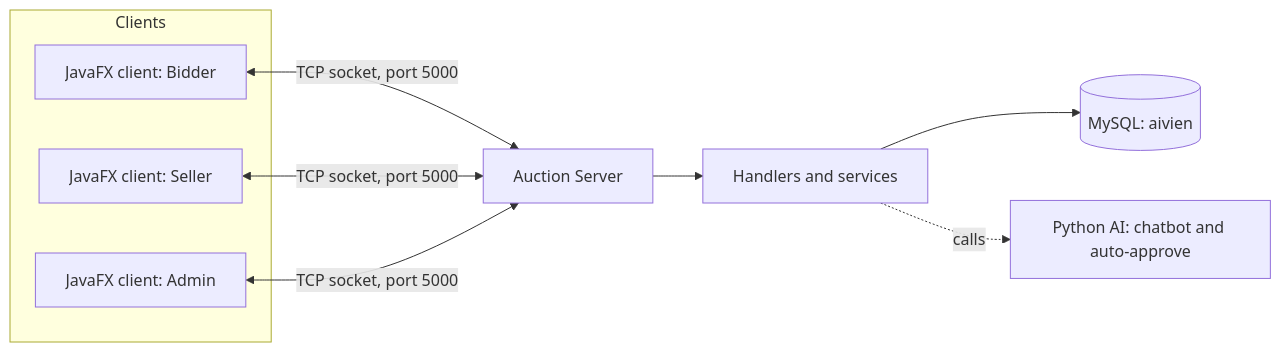
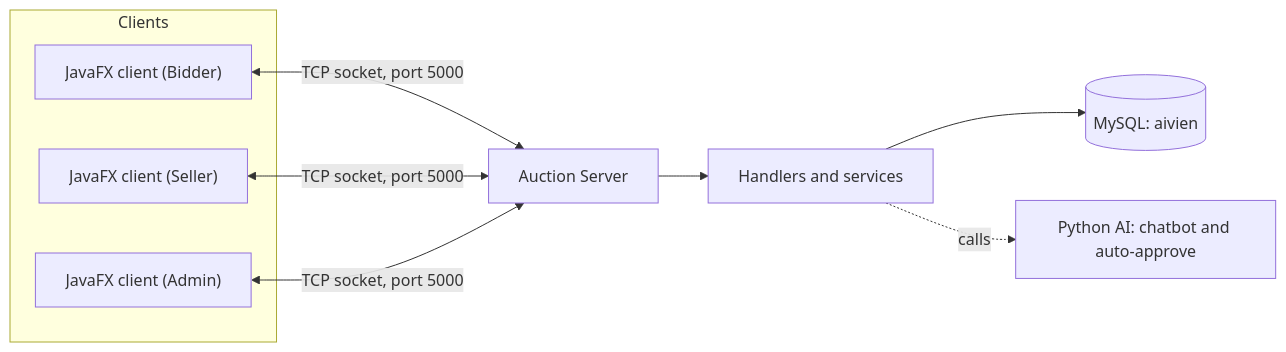
One commit to 25023189-bit/Realtime-Auction-JavaFX changed the diagram in README.md. Above: the diagram before and after it, drawn with Mermaid. The commit also changed other lines of this file, not shown here.

````diff
--- a/README.md
+++ b/README.md
@@ -103,12 +113,14 @@
 ```mermaid
 flowchart LR
     subgraph Clients
-        C1[JavaFX client: Bidder]
-        C2[JavaFX client: Seller]
-        C3[JavaFX client: Admin]
+        C1["JavaFX client (Bidder)"]
+        C2["JavaFX client (Seller)"]
+        C3["JavaFX client (Admin)"]
     end
-    C1 & C2 & C3 <-->|TCP socket, port 5000| S[Auction Server]
-    S --> H[Handlers and services]
-    H --> D[(MySQL: aivien)]
-    H -. calls .-> AI[Python AI: chatbot and auto-approve]
+    C1 <-->|"TCP socket, port 5000"| S["Auction Server"]
+    C2 <-->|"TCP socket, port 5000"| S
+    C3 <-->|"TCP socket, port 5000"| S
+    S --> H["Handlers and services"]
+    H --> D[("MySQL: aivien")]
+    H -.->|"calls"| AI["Python AI: chatbot and auto-approve"]
 ```
````
